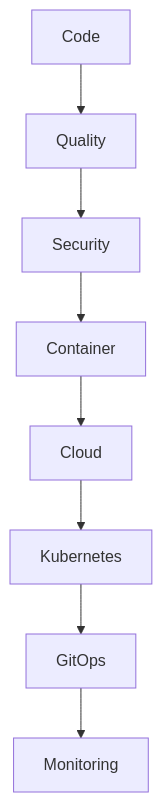
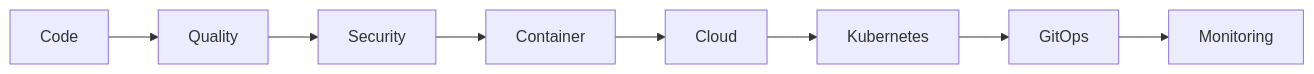
One commit to bymalathi/flavorforge-azure-devsecops-capstone changed the first of 29 diagrams in README.md. Above: the diagram before and after it, drawn with Mermaid.

Commit message:
Change flowchart direction in README
Updated flowchart direction from TD to LR.

````diff
--- a/README.md
+++ b/README.md
@@ -38,19 +38,19 @@
 ```mermaid
-graph TD
+flowchart LR
     A[Code]
     B[Quality]
     C[Security]
     D[Container]
     E[Cloud]
     F[Kubernetes]
     G[GitOps]
     H[Monitoring]
 
     A --> B
     B --> C
     C --> D
     D --> E
     E --> F
     F --> G
     G --> H
 ```
````
